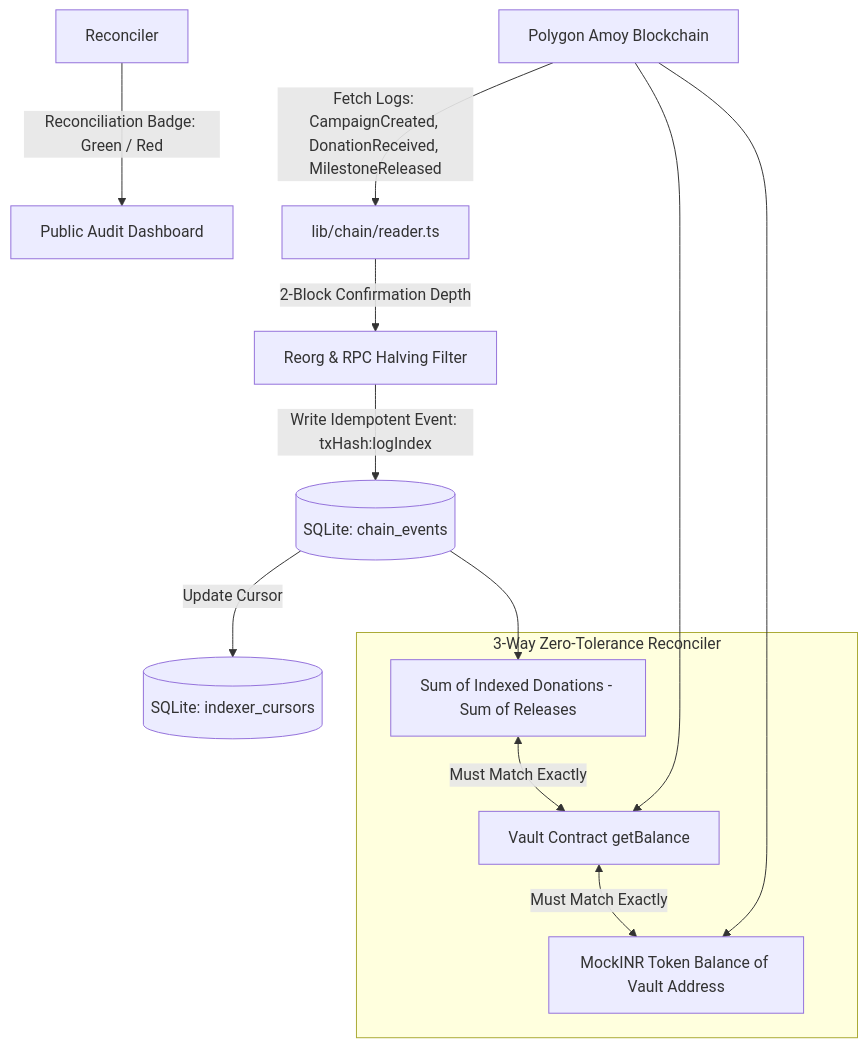
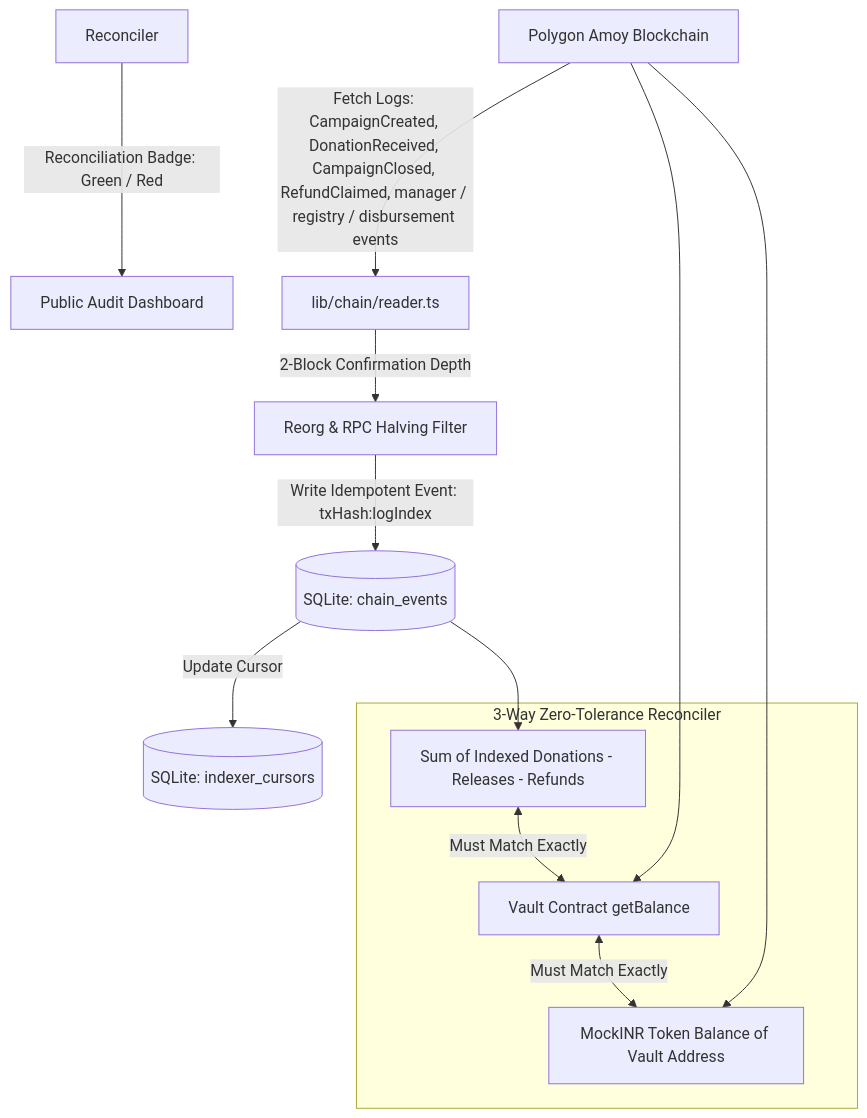
Before and after one commit to Macbeth1501/VERA-Verified-Excrow-Releif-Architecture: the fifth of 5 diagrams in docs/Technical_Details.md, drawn with Mermaid. The commit also changed other lines of this file and 189 other files, not shown here.

First line of the commit message:
Add admin council limit and threshold controls, attestor-verified beneficiaries, and the V2 registry and disbursement contracts

````diff
--- a/docs/Technical_Details.md
+++ b/docs/Technical_Details.md
@@ -316,22 +320,22 @@
 ```mermaid
 flowchart TD
-    Chain[Polygon Amoy Blockchain] -->|Fetch Logs: CampaignCreated, DonationReceived, MilestoneReleased| Reader[lib/chain/reader.ts]
+    Chain[Polygon Amoy Blockchain] -->|Fetch Logs: CampaignCreated, DonationReceived, CampaignClosed, RefundClaimed, manager / registry / disbursement events| Reader[lib/chain/reader.ts]
     Reader -->|2-Block Confirmation Depth| Filter[Reorg & RPC Halving Filter]
     Filter -->|Write Idempotent Event: txHash:logIndex| EventsTable[(SQLite: chain_events)]
     EventsTable -->|Update Cursor| CursorTable[(SQLite: indexer_cursors)]
     
     subgraph 3-Way Zero-Tolerance Reconciler
-        EventSum[Sum of Indexed Donations - Sum of Releases]
+        EventSum[Sum of Indexed Donations - Releases - Refunds]
         VaultBal[Vault Contract getBalance]
         TokenBal[MockINR Token Balance of Vault Address]
         
         EventSum <-->|Must Match Exactly| VaultBal
         VaultBal <-->|Must Match Exactly| TokenBal
     end
     
     EventsTable --> EventSum
     Chain --> VaultBal
     Chain --> TokenBal
     
     Reconciler -->|Reconciliation Badge: Green / Red| Dashboard[Public Audit Dashboard]
 ```
````
